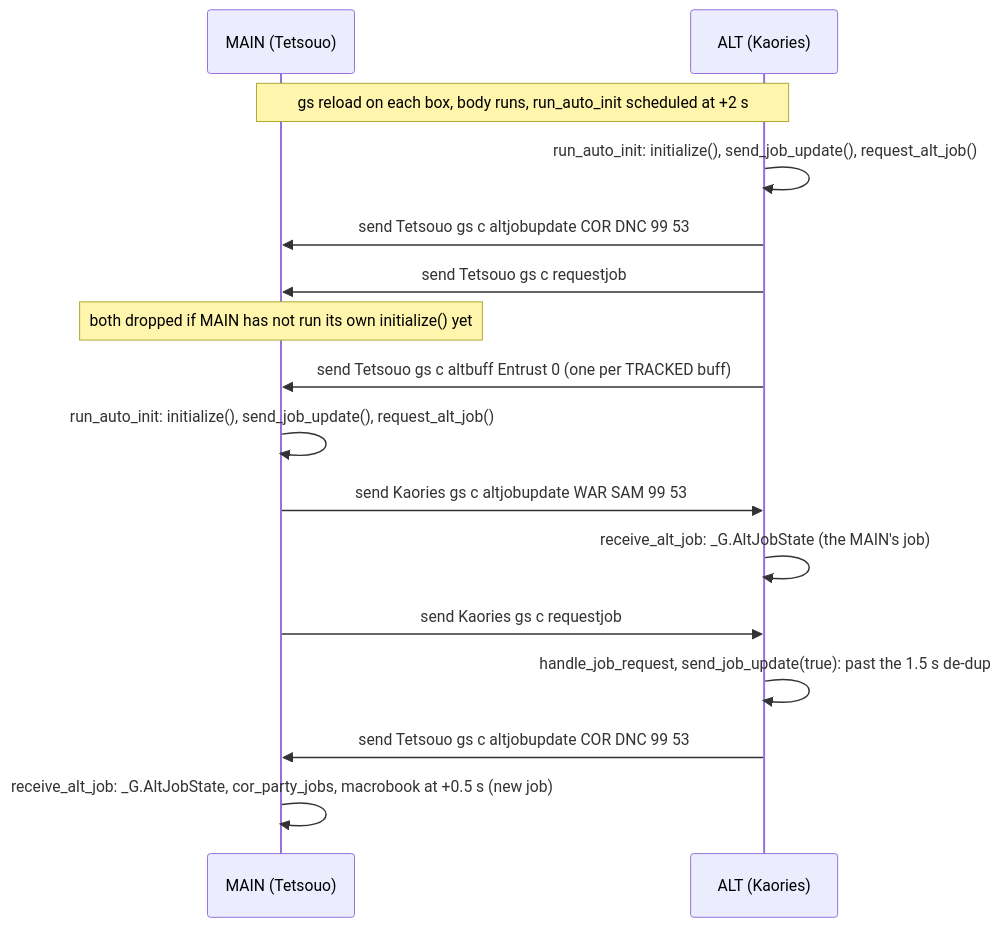
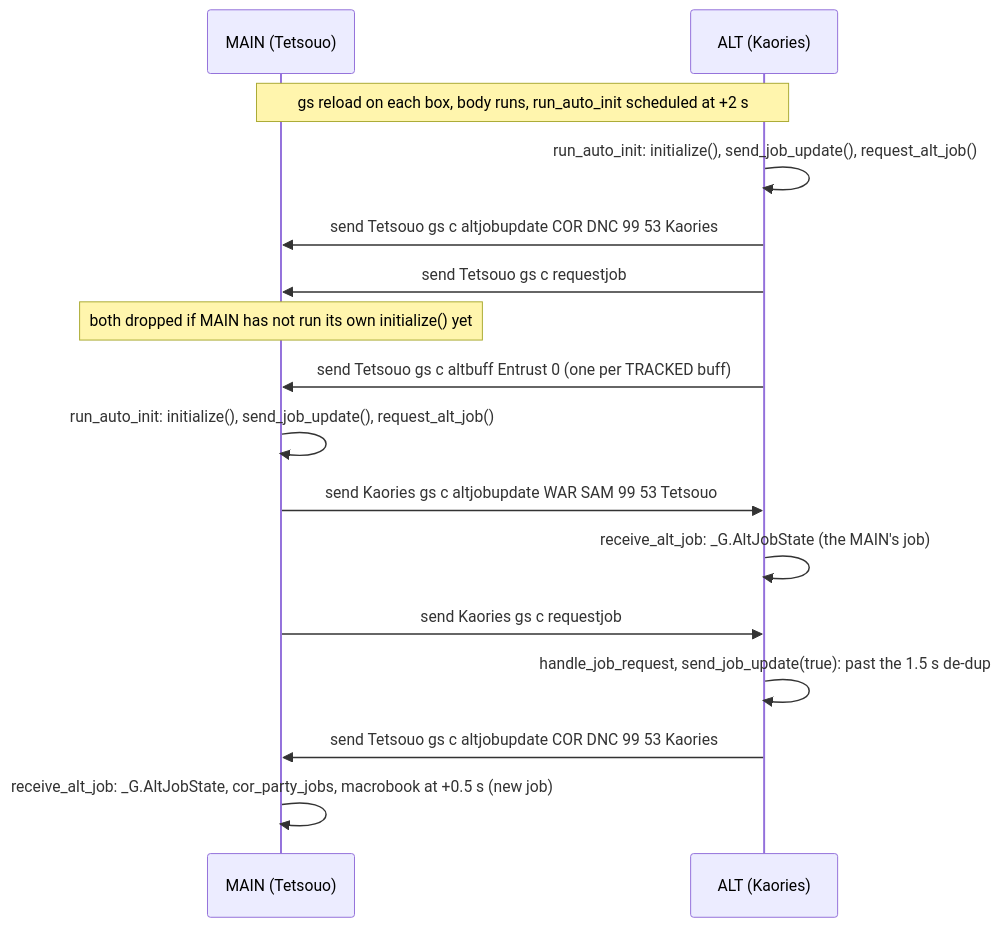
The first of 2 diagrams in docs/dev/systems/dualbox.md (ejouanchicot/Gearswap), drawn with Mermaid before and after one commit. The commit also changed other lines of this file and 81 other files, not shown here.

````diff
--- a/docs/dev/systems/dualbox.md
+++ b/docs/dev/systems/dualbox.md
@@ -141,18 +163,18 @@
 ```mermaid
 sequenceDiagram
     participant M as MAIN (Tetsouo)
     participant A as ALT (Kaories)
     Note over M,A: gs reload on each box, body runs, run_auto_init scheduled at +2 s
     A->>A: run_auto_init: initialize(), send_job_update(), request_alt_job()
-    A->>M: send Tetsouo gs c altjobupdate COR DNC 99 53
+    A->>M: send Tetsouo gs c altjobupdate COR DNC 99 53 Kaories
     A->>M: send Tetsouo gs c requestjob
     Note over M: both dropped if MAIN has not run its own initialize() yet
     A->>M: send Tetsouo gs c altbuff Entrust 0 (one per TRACKED buff)
     M->>M: run_auto_init: initialize(), send_job_update(), request_alt_job()
-    M->>A: send Kaories gs c altjobupdate WAR SAM 99 53
+    M->>A: send Kaories gs c altjobupdate WAR SAM 99 53 Tetsouo
     A->>A: receive_alt_job: _G.AltJobState (the MAIN's job)
     M->>A: send Kaories gs c requestjob
     A->>A: handle_job_request, send_job_update(true): past the 1.5 s de-dup
-    A->>M: send Tetsouo gs c altjobupdate COR DNC 99 53
+    A->>M: send Tetsouo gs c altjobupdate COR DNC 99 53 Kaories
     M->>M: receive_alt_job: _G.AltJobState, cor_party_jobs, macrobook at +0.5 s (new job)
 ```
````
